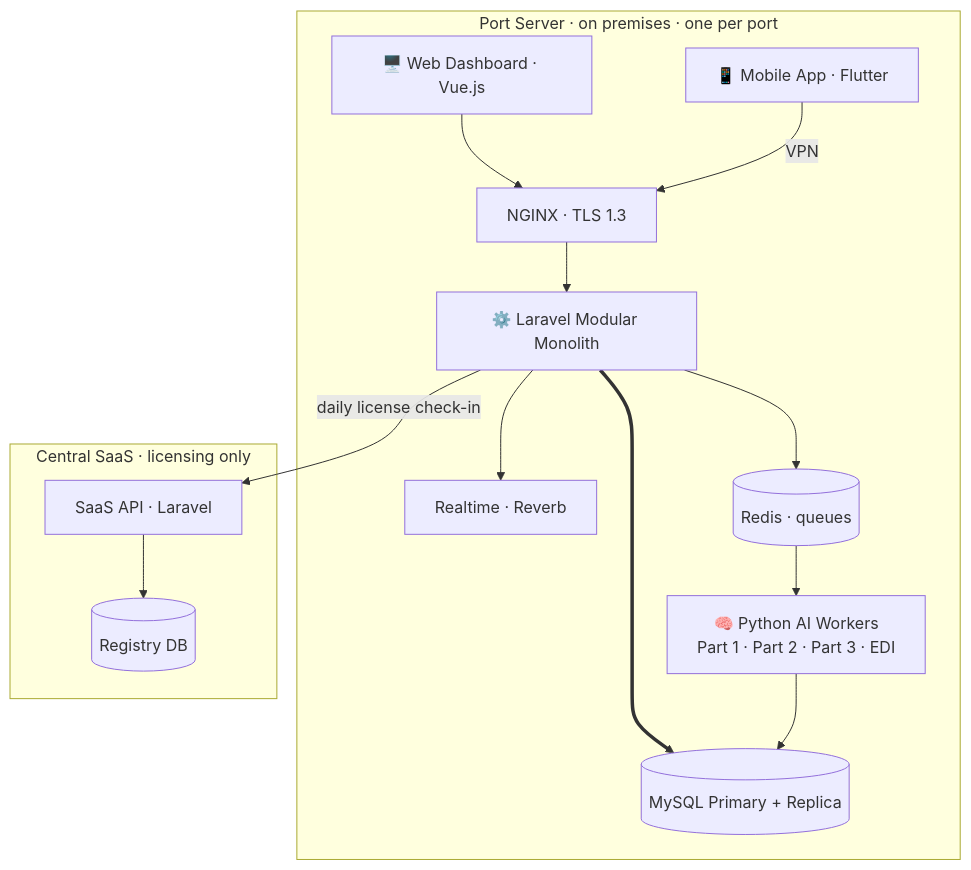
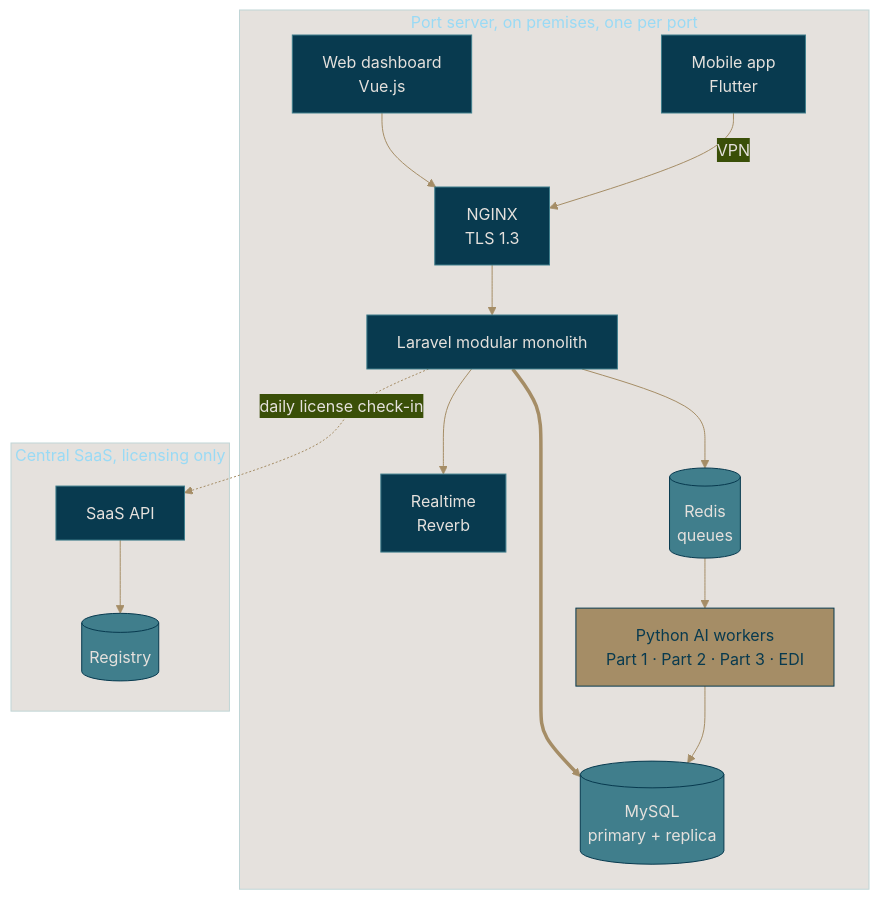
One commit to Atlantech-project/PortHub changed the diagram in README.md. Above: the diagram before and after it, drawn with Mermaid. The commit also changed other lines of this file and 4 other files, not shown here.

````diff
--- a/README.md
+++ b/README.md
@@ -59,24 +61,29 @@
 ```mermaid
+%%{init: {'theme':'base','themeVariables':{'primaryColor':'#083A4F','primaryTextColor':'#E5E1DD','primaryBorderColor':'#407E8C','lineColor':'#A58D66','clusterBkg':'#E5E1DD','clusterBorder':'#C0D5D6','fontFamily':'Montserrat, Inter, sans-serif'}}}%%
 flowchart TB
-    subgraph PORT["Port Server · on premises · one per port"]
-        WEB["🖥️ Web Dashboard · Vue.js"]
-        MOB["📱 Mobile App · Flutter"]
-        NGX["NGINX · TLS 1.3"]
-        API["⚙️ Laravel Modular Monolith"]
-        RT["Realtime · Reverb"]
-        RED[("Redis · queues")]
-        AI["🧠 Python AI Workers<br/>Part 1 · Part 2 · Part 3 · EDI"]
-        DB[("MySQL Primary + Replica")]
+    subgraph PORT["Port server, on premises, one per port"]
+        WEB["Web dashboard<br/>Vue.js"]
+        MOB["Mobile app<br/>Flutter"]
+        NGX["NGINX<br/>TLS 1.3"]
+        API["Laravel modular monolith"]
+        RT["Realtime<br/>Reverb"]
+        RED[("Redis<br/>queues")]
+        AI["Python AI workers<br/>Part 1 · Part 2 · Part 3 · EDI"]
+        DB[("MySQL<br/>primary + replica")]
     end
-    subgraph SAAS["Central SaaS · licensing only"]
-        SA["SaaS API · Laravel"] --> REG[("Registry DB")]
+    subgraph SAAS["Central SaaS, licensing only"]
+        SA["SaaS API"] --> REG[("Registry")]
     end
     WEB --> NGX
     MOB -->|VPN| NGX
     NGX --> API
     API --> RT
     API --> RED --> AI
     API ==> DB
     AI --> DB
-    API -->|daily license check-in| SA
+    API -.->|daily license check-in| SA
+    classDef gold fill:#A58D66,stroke:#083A4F,color:#083A4F
+    classDef teal fill:#407E8C,stroke:#083A4F,color:#E5E1DD
+    class AI gold
+    class DB,RED,REG teal
 ```
````
